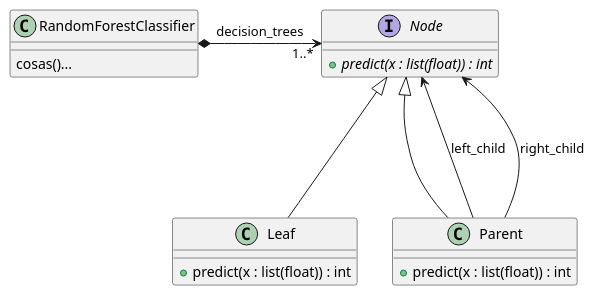
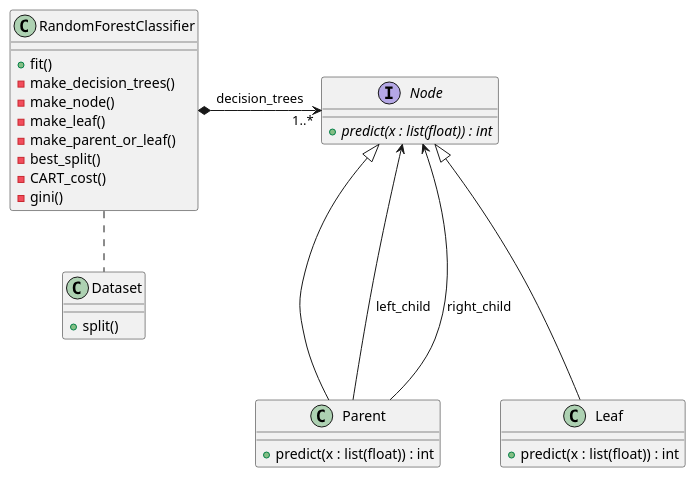
The diagram in Practica/Milestone 1/RandomForest.puml (NIU1752648/POO), drawn with PlantUML before and after one commit.

Commit message:
Afegit dataset a puml

```diff
--- a/Practica/Milestone 1/RandomForest.puml
+++ b/Practica/Milestone 1/RandomForest.puml
@@ -1,24 +1,36 @@
 @startuml
 class RandomForestClassifier {
-cosas()...
++fit()
+-make_decision_trees()
+-make_node()
+-make_leaf()
+-make_parent_or_leaf()
+-best_split()
+-CART_cost()
+-gini()
 }
 
 interface Node {
 {abstract} +predict(x : list(float)) : int
 }
 
 class Leaf {
 +predict(x : list(float)) : int
 }
 
 class Parent {
 +predict(x : list(float)) : int
 }
 
+class Dataset {
++split()
+}
+
 RandomForestClassifier *-right-> "1..*" Node : decision_trees
 Leaf -up--|> Node
 Parent -up--|> Node
 Parent ---> Node : left_child
 Parent ---> Node : right_child
+RandomForestClassifier .down. Dataset
 
 @enduml
```
